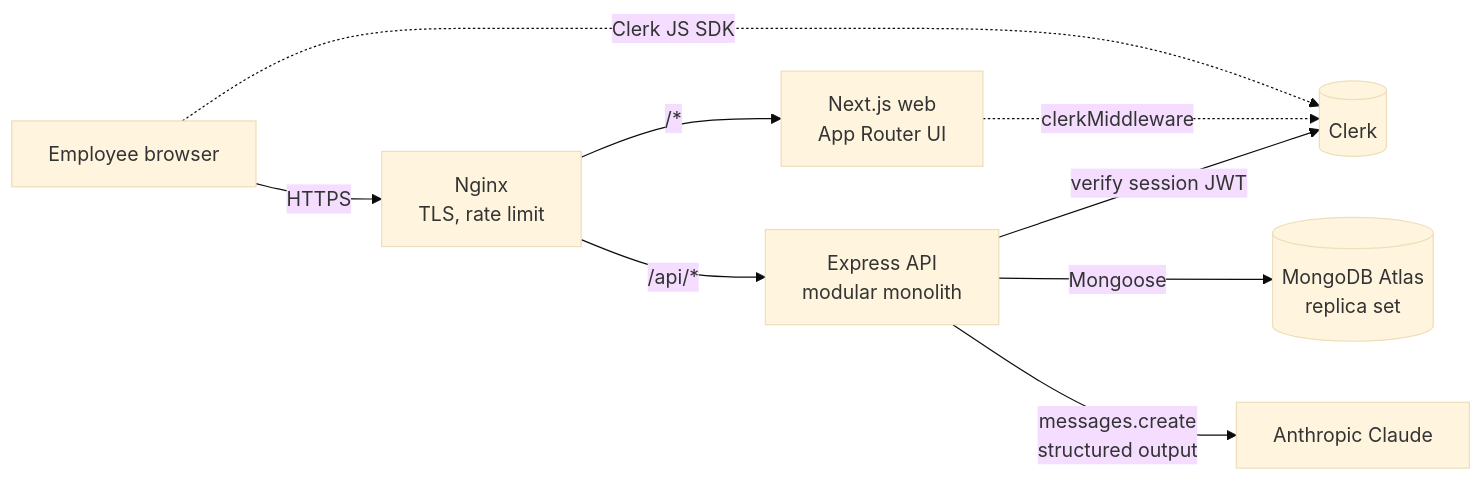
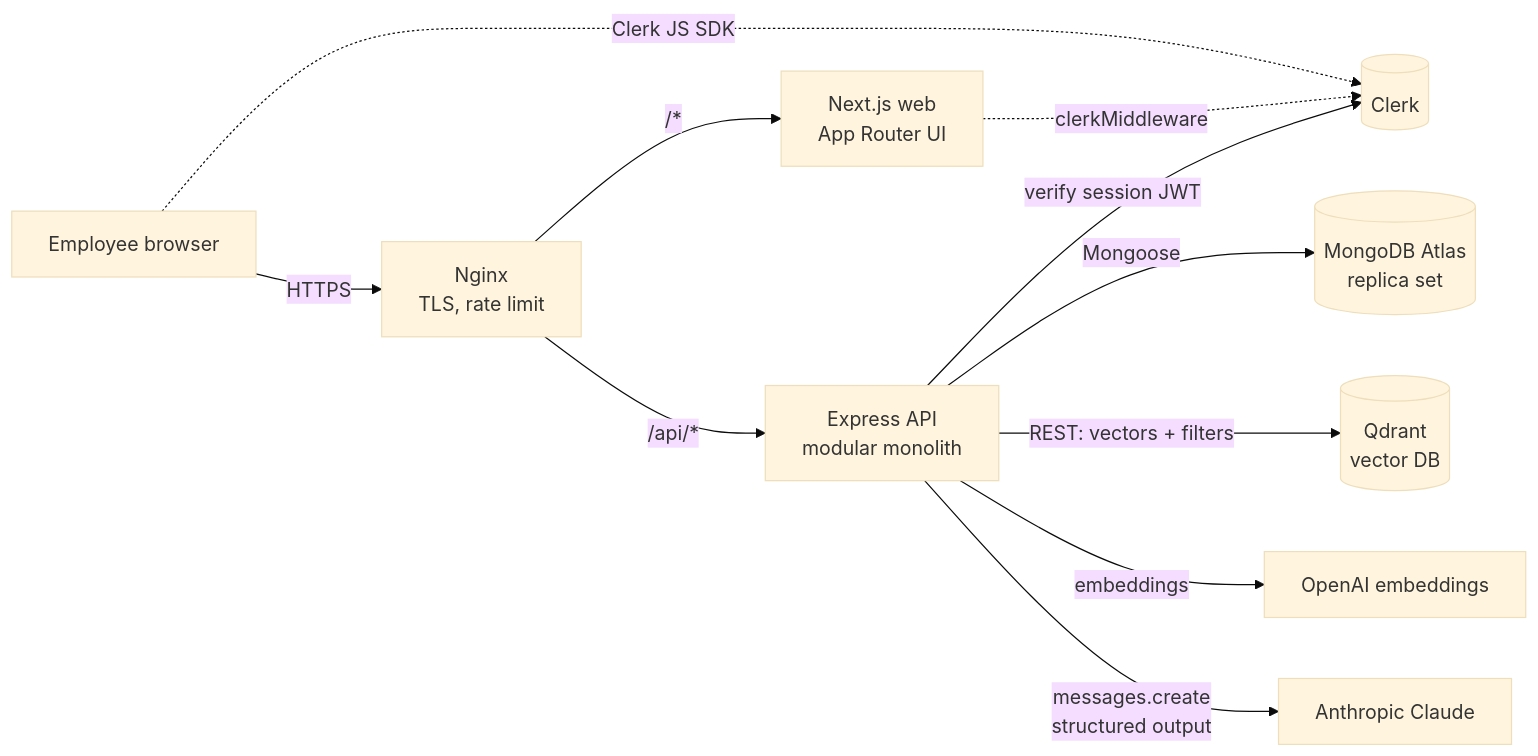
Before and after one commit to mqxod/internal-knowledge-assistant: the first of 7 diagrams in README.md, drawn with Mermaid (base theme). The commit also changed other lines of this file and 38 other files, not shown here.

````diff
--- a/README.md
+++ b/README.md
@@ -53,11 +53,13 @@
 ```mermaid
 flowchart LR
     U[Employee browser] -->|HTTPS| N[Nginx<br/>TLS, rate limit]
     N -->|/*| W[Next.js web<br/>App Router UI]
     N -->|/api/*| A[Express API<br/>modular monolith]
     U -. Clerk JS SDK .-> C[(Clerk)]
     W -. clerkMiddleware .-> C
     A -->|verify session JWT| C
     A -->|Mongoose| M[(MongoDB Atlas<br/>replica set)]
+    A -->|REST: vectors + filters| Q[(Qdrant<br/>vector DB)]
+    A -->|embeddings| E[OpenAI embeddings]
     A -->|messages.create<br/>structured output| L[Anthropic Claude]
 ```
````
